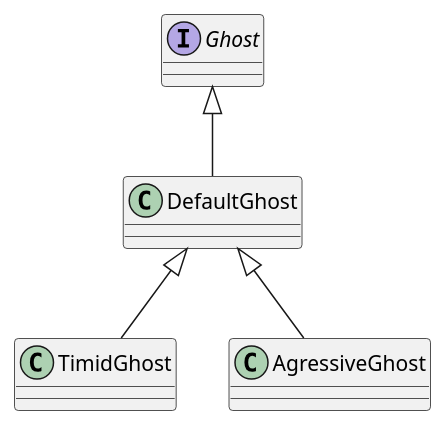
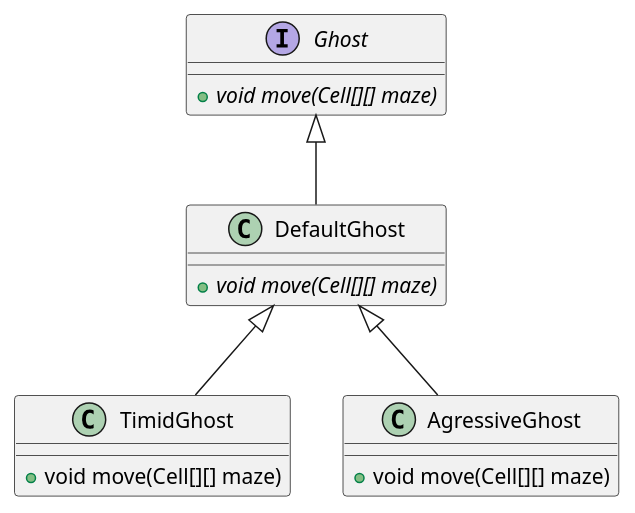
One commit to frederic1979/git_session2 changed the third of 5 diagrams in session1/cours/java_poo_polymorphisme_dynamique.org. Above: the diagram before and after it, drawn with PlantUML. The commit also changed other lines of this file and 4 other files, not shown here.

Commit message:
ajout qualifiers sur les méthodes dans les schémas UML de poo

```diff
--- a/session1/cours/java_poo_polymorphisme_dynamique.org
+++ b/session1/cours/java_poo_polymorphisme_dynamique.org
@@ -116,10 +126,18 @@
 #+BEGIN_SRC plantuml :file img/ghost-poo-interface-and-base-classe.png
-class TimidGhost
-class AgressiveGhost
-interface Ghost
-class DefaultGhost
+class TimidGhost{
++ void move(Cell[][] maze)
+}
+class AgressiveGhost{
++ void move(Cell[][] maze)
+}
+interface Ghost{
++ {abstract} void move(Cell[][] maze)
+}
+class DefaultGhost{
++ {abstract} void move(Cell[][] maze)
+}
 
 Ghost <|-- DefaultGhost
 DefaultGhost <|-- AgressiveGhost
 DefaultGhost <|-- TimidGhost
 #+END_SRC
```
